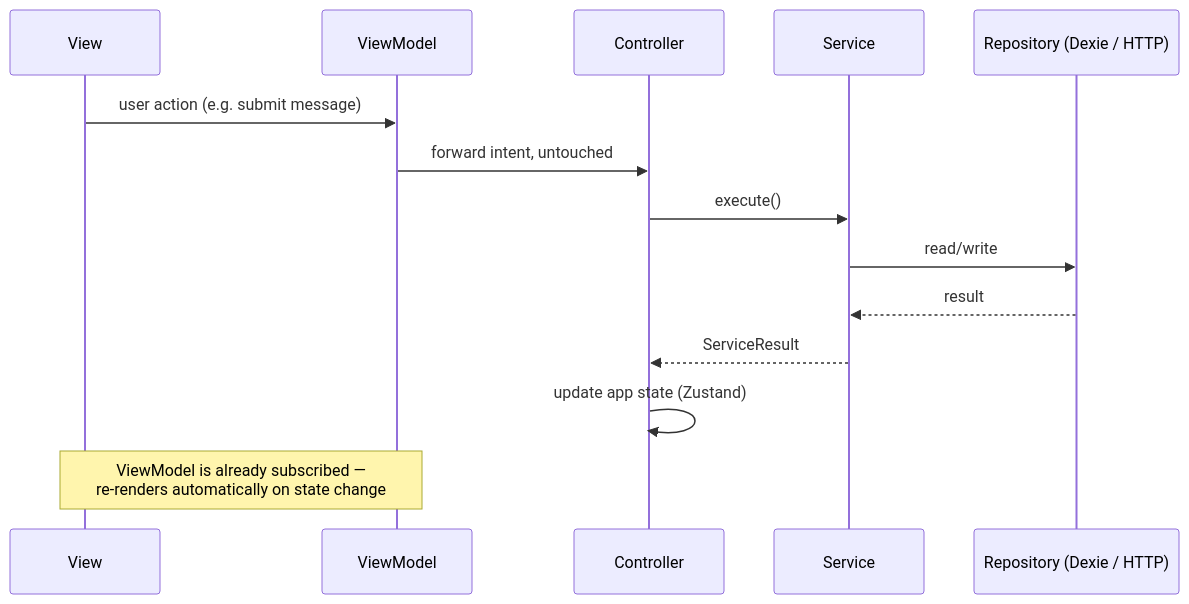
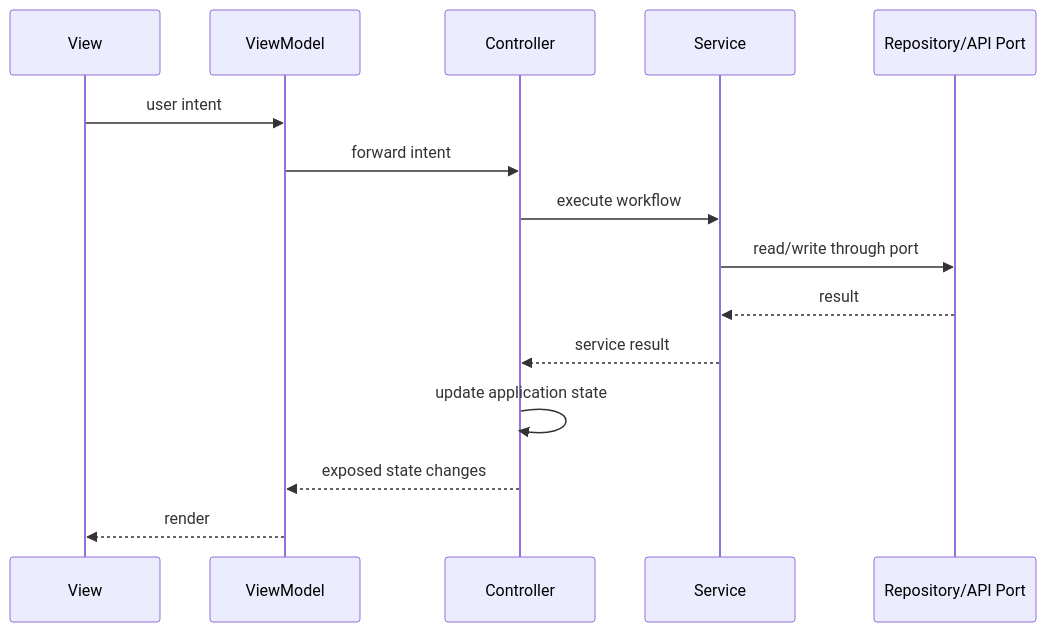
The second of 4 diagrams in README.md (curtisPene/Echo), drawn with Mermaid before and after one commit. The commit also changed other lines of this file, not shown here.

````diff
--- a/README.md
+++ b/README.md
@@ -194,17 +377,18 @@
 ```mermaid
 sequenceDiagram
     participant View
-    participant ViewModel
+    participant VM as ViewModel
     participant Controller
     participant Service
-    participant Repo as Repository (Dexie / HTTP)
+    participant Port as Repository/API Port
 
-    View->>ViewModel: user action (e.g. submit message)
-    ViewModel->>Controller: forward intent, untouched
-    Controller->>Service: execute()
-    Service->>Repo: read/write
-    Repo-->>Service: result
-    Service-->>Controller: ServiceResult
-    Controller->>Controller: update app state (Zustand)
-    Note over ViewModel,View: ViewModel is already subscribed —<br/>re-renders automatically on state change
+    View->>VM: user intent
+    VM->>Controller: forward intent
+    Controller->>Service: execute workflow
+    Service->>Port: read/write through port
+    Port-->>Service: result
+    Service-->>Controller: service result
+    Controller->>Controller: update application state
+    Controller-->>VM: exposed state changes
+    VM-->>View: render
 ```
````
